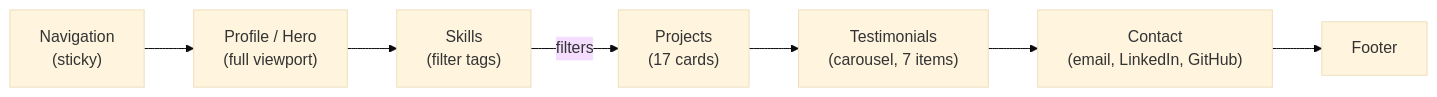
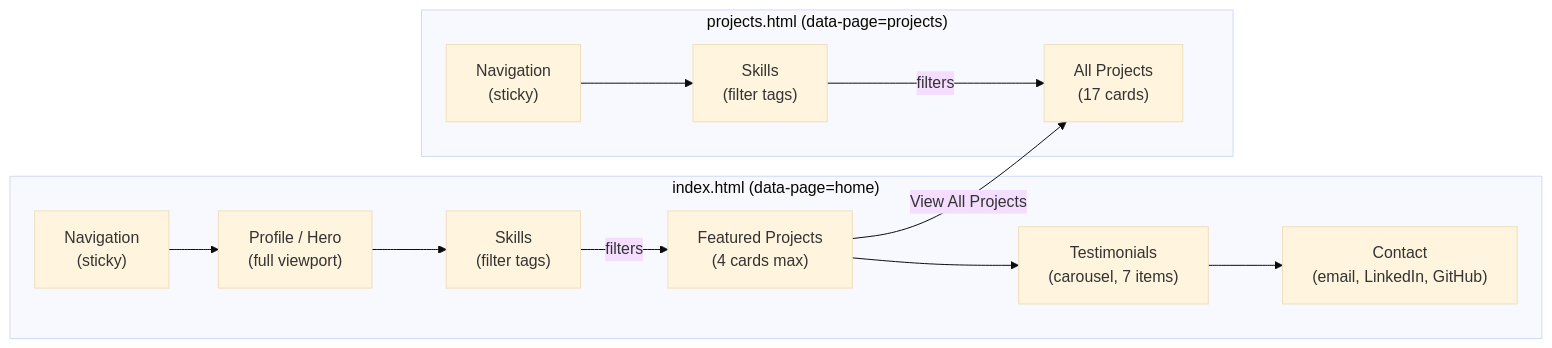
One commit to cdcoonce/Portfolio_Website changed the second of 4 diagrams in README.md. Above: the diagram before and after it, drawn with Mermaid (base theme). The commit also changed other lines of this file, not shown here.

First line of the commit message:
docs: rewrite README for multi-page portfolio architecture

````diff
--- a/README.md
+++ b/README.md
@@ -90,9 +104,17 @@
 ```mermaid
 graph LR
-    NAV["Navigation<br/>(sticky)"] --> PROFILE["Profile / Hero<br/>(full viewport)"]
-    PROFILE --> SKILLS["Skills<br/>(filter tags)"]
-    SKILLS -->|"filters"| PROJECTS["Projects<br/>(17 cards)"]
-    PROJECTS --> TESTIMONIALS["Testimonials<br/>(carousel, 7 items)"]
-    TESTIMONIALS --> CONTACT["Contact<br/>(email, LinkedIn, GitHub)"]
-    CONTACT --> FOOTER["Footer"]
+    subgraph "index.html (data-page=home)"
+        NAV1["Navigation<br/>(sticky)"] --> HERO["Profile / Hero<br/>(full viewport)"]
+        HERO --> SKILLS1["Skills<br/>(filter tags)"]
+        SKILLS1 -->|"filters"| CARDS1["Featured Projects<br/>(4 cards max)"]
+        CARDS1 --> TEST["Testimonials<br/>(carousel, 7 items)"]
+        TEST --> CONTACT["Contact<br/>(email, LinkedIn, GitHub)"]
+    end
+
+    CARDS1 -->|"View All Projects"| GALLERY
+
+    subgraph "projects.html (data-page=projects)"
+        NAV2["Navigation<br/>(sticky)"] --> SKILLS2["Skills<br/>(filter tags)"]
+        SKILLS2 -->|"filters"| GALLERY["All Projects<br/>(17 cards)"]
+    end
 ```
````
